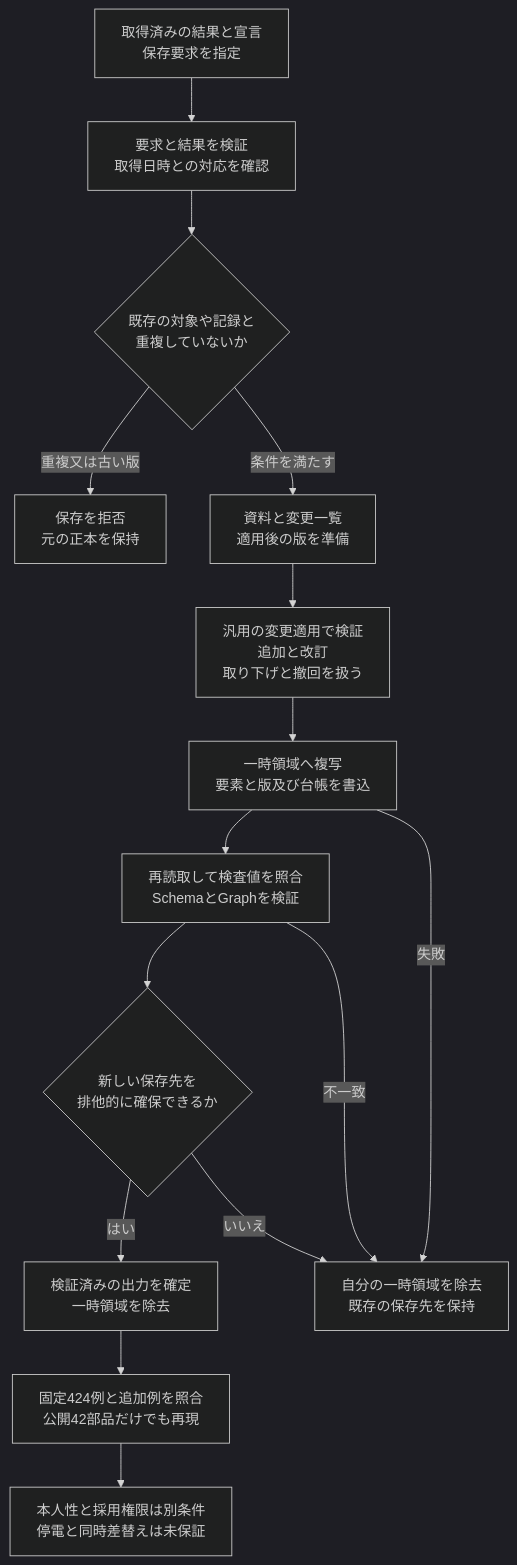
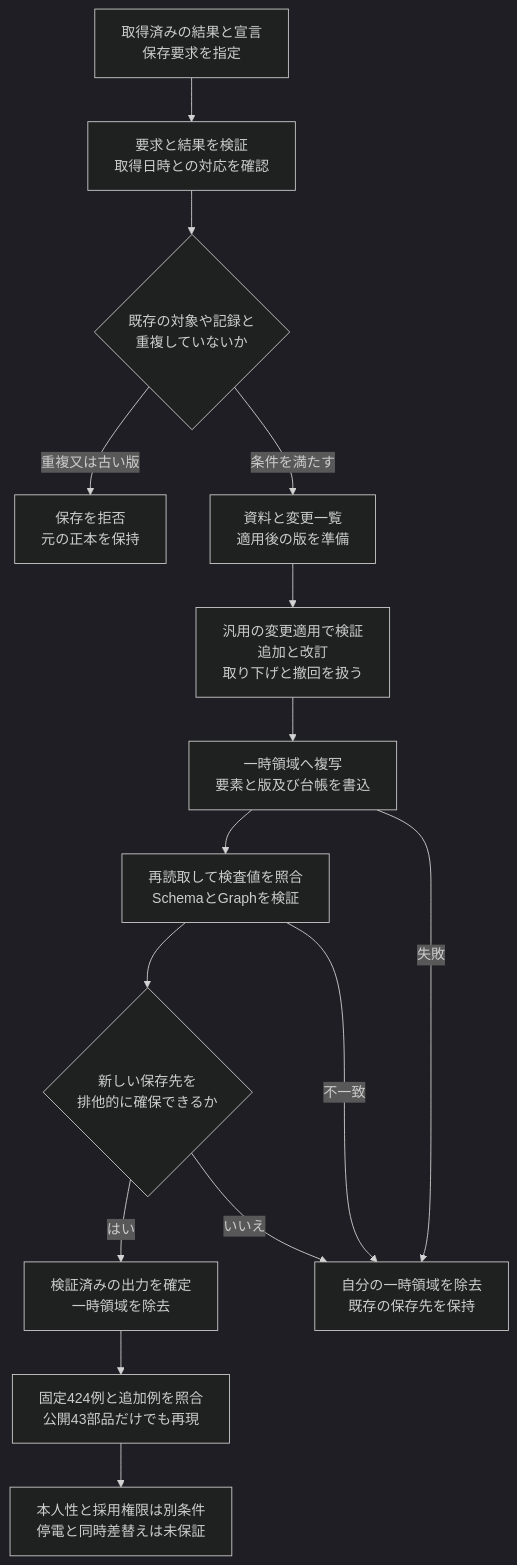
Before and after one commit to koukemo/morivyx: the diagram in docs/diagrams/python-import-snapshot-creation.mmd, drawn with Mermaid (dark theme). The commit also changed 31 other files, not shown here.

```diff
--- a/docs/diagrams/python-import-snapshot-creation.mmd
+++ b/docs/diagrams/python-import-snapshot-creation.mmd
@@ -1,15 +1,15 @@
 flowchart TD
   A[取得済みの結果と宣言<br/>保存要求を指定] --> B[要求と結果を検証<br/>取得日時との対応を確認]
   B --> C{既存の対象や記録と<br/>重複していないか}
   C -->|重複又は古い版| D[保存を拒否<br/>元の正本を保持]
   C -->|条件を満たす| E[資料と変更一覧<br/>適用後の版を準備]
   E --> F[汎用の変更適用で検証<br/>追加と改訂<br/>取り下げと撤回を扱う]
   F --> G[一時領域へ複写<br/>要素と版及び台帳を書込]
   G --> H[再読取して検査値を照合<br/>SchemaとGraphを検証]
   H --> I{新しい保存先を<br/>排他的に確保できるか}
   I -->|はい| J[検証済みの出力を確定<br/>一時領域を除去]
   I -->|いいえ| K[自分の一時領域を除去<br/>既存の保存先を保持]
   G -->|失敗| K
   H -->|不一致| K
-  J --> L[固定424例と追加例を照合<br/>公開42部品だけでも再現]
+  J --> L[固定424例と追加例を照合<br/>公開43部品だけでも再現]
   L --> M[本人性と採用権限は別条件<br/>停電と同時差替えは未保証]
```
